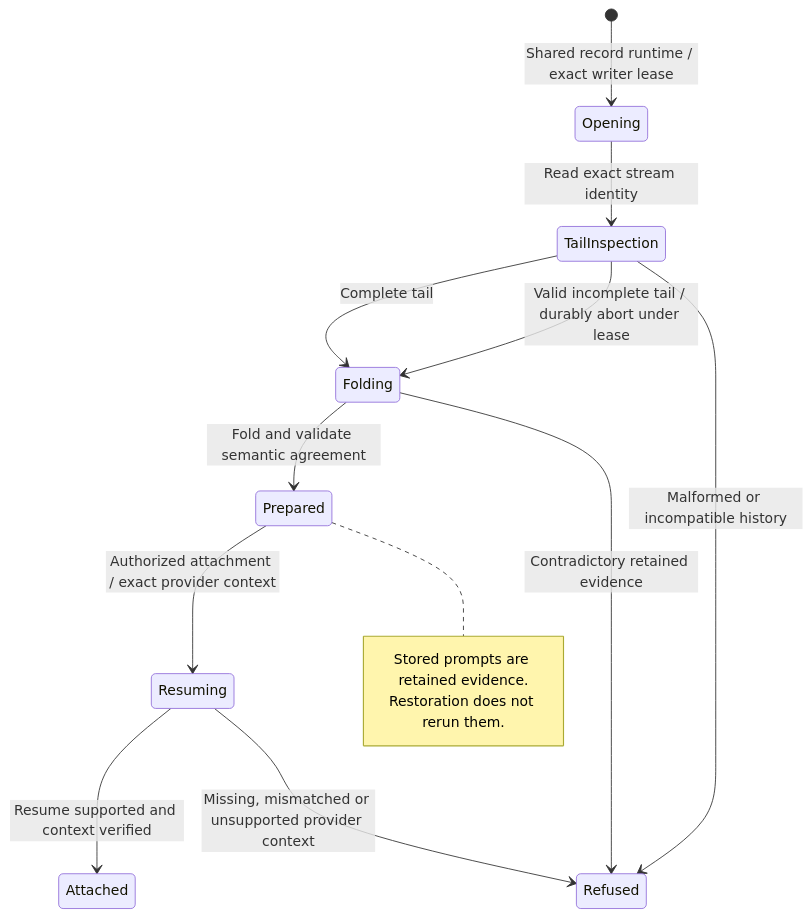
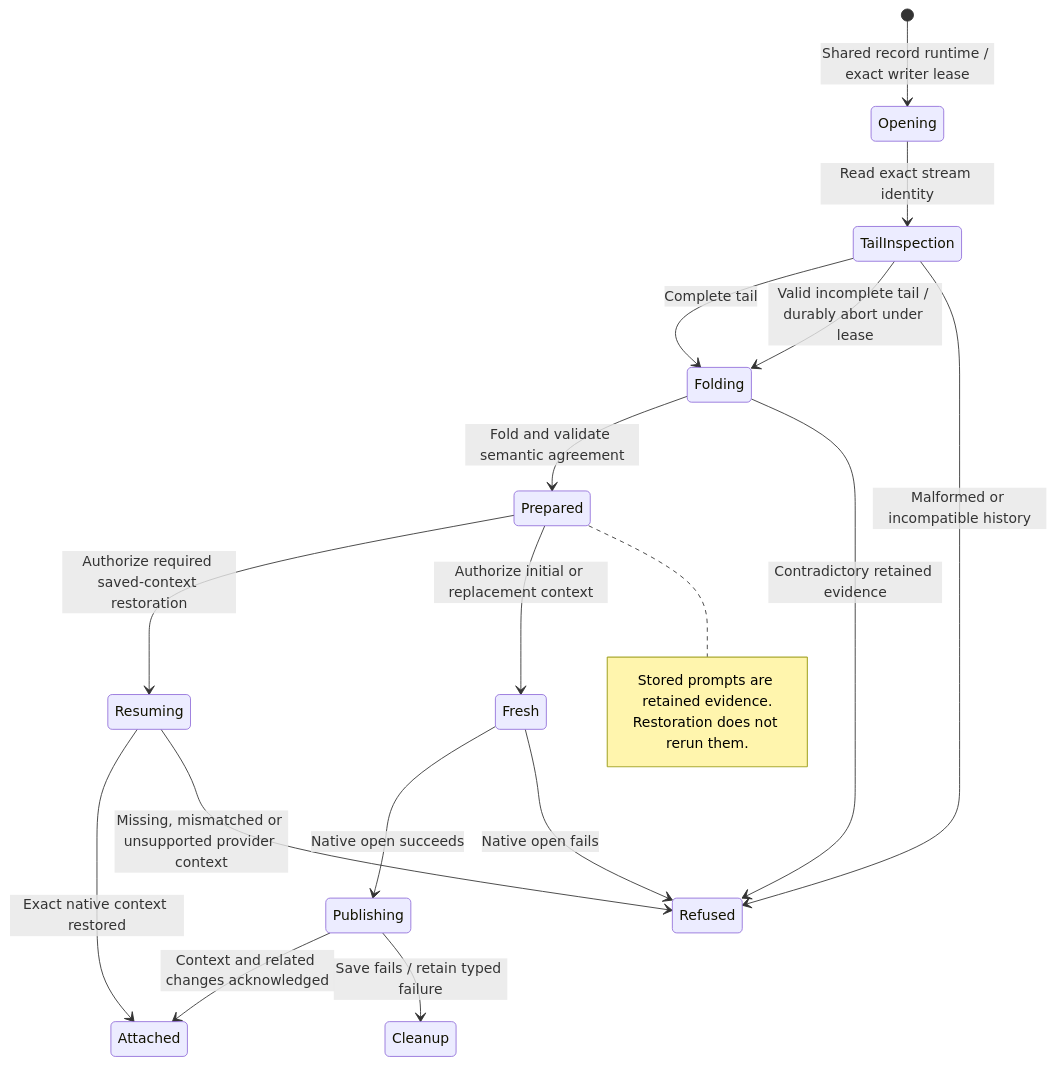
The diagram in docs/state/services/sdk/runtime/restart-and-restore-committed-conversation-history.md (nessalabs/nessa-agent), drawn with Mermaid before and after one commit. The commit also changed other lines of this file and 199 other files, not shown here.

Commit message:
test(sdk): prove unused native restoration through conversation stress

````diff
--- a/docs/state/services/sdk/runtime/restart-and-restore-committed-conversation-history.md
+++ b/docs/state/services/sdk/runtime/restart-and-restore-committed-conversation-history.md
@@ -36,17 +44,22 @@
 ```mermaid
 stateDiagram-v2
     [*] --> Opening: Shared record runtime / exact writer lease
     Opening --> TailInspection: Read exact stream identity
     TailInspection --> Folding: Complete tail
     TailInspection --> Folding: Valid incomplete tail / durably abort under lease
     TailInspection --> Refused: Malformed or incompatible history
     Folding --> Prepared: Fold and validate semantic agreement
     Folding --> Refused: Contradictory retained evidence
-    Prepared --> Resuming: Authorized attachment / exact provider context
-    Resuming --> Attached: Resume supported and context verified
+    Prepared --> Resuming: Authorize required saved-context restoration
+    Prepared --> Fresh: Authorize initial or replacement context
+    Resuming --> Attached: Exact native context restored
     Resuming --> Refused: Missing, mismatched or unsupported provider context
+    Fresh --> Publishing: Native open succeeds
+    Fresh --> Refused: Native open fails
+    Publishing --> Attached: Context and related changes acknowledged
+    Publishing --> Cleanup: Save fails / retain typed failure
     note right of Prepared
         Stored prompts are retained evidence.
         Restoration does not rerun them.
     end note
 ```
````
